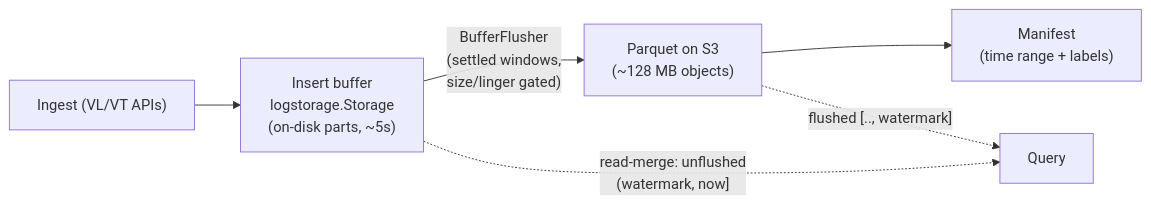
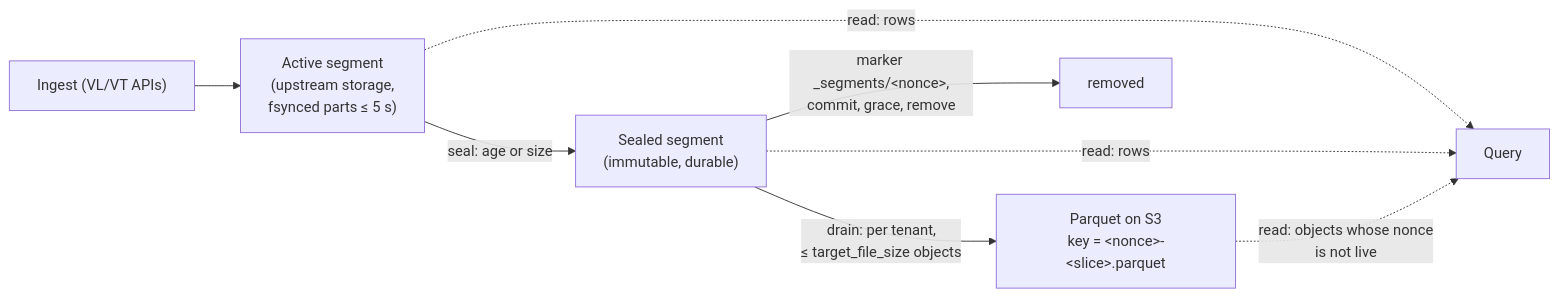
The diagram in docs/durability.md (ReliablyObserve/victoria-lakehouse), drawn with Mermaid before and after one commit. The commit also changed other lines of this file and 34 other files, not shown here.

Commit message:
docs(durability): describe the segmented durable insert buffer and update the docs that referred to the staging engine, WAL cutover and read watermark

````diff
--- a/docs/durability.md
+++ b/docs/durability.md
@@ -36,8 +42,10 @@
 ```mermaid
 flowchart LR
-    I["Ingest (VL/VT APIs)"] --> B["Insert buffer<br/>logstorage.Storage<br/>(on-disk parts, ~5s)"]
-    B -->|"BufferFlusher<br/>(settled windows,<br/>size/linger gated)"| P["Parquet on S3<br/>(~128 MB objects)"]
-    P --> M["Manifest<br/>(time range + labels)"]
-    B -.->|"read-merge: unflushed<br/>(watermark, now]"| Q["Query"]
-    P -.->|"flushed [.., watermark]"| Q
+    I["Ingest (VL/VT APIs)"] --> A["Active segment<br/>(upstream storage,<br/>fsynced parts ≤ 5 s)"]
+    A -->|"seal: age or size"| S["Sealed segment<br/>(immutable, durable)"]
+    S -->|"drain: per tenant,<br/>≤ target_file_size objects"| P["Parquet on S3<br/>key = &lt;nonce&gt;-&lt;slice&gt;.parquet"]
+    S -->|"marker _segments/&lt;nonce&gt;,<br/>commit, grace, remove"| X["removed"]
+    A -.->|"read: rows"| Q["Query"]
+    S -.->|"read: rows"| Q
+    P -.->|"read: objects whose nonce<br/>is not live"| Q
 ```
````
